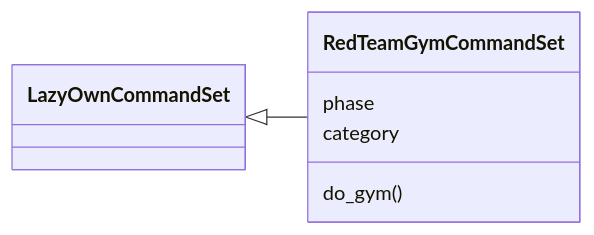
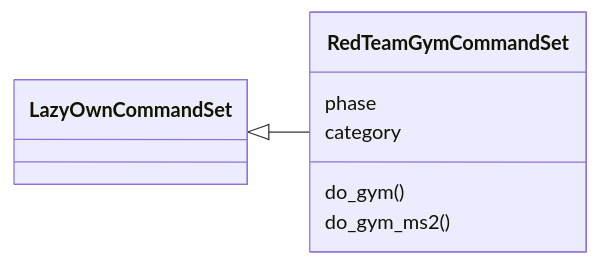
One commit to grisuno/LazyOwn changed the first of 2 diagrams in readmenator-apidocs/modules/cli.commands.redteam_gym.py.md. Above: the diagram before and after it, drawn with Mermaid. The commit also changed other lines of this file and 764 other files, not shown here.

````diff
--- a/readmenator-apidocs/modules/cli.commands.redteam_gym.py.md
+++ b/readmenator-apidocs/modules/cli.commands.redteam_gym.py.md
@@ -17,10 +18,11 @@
 ```mermaid
 classDiagram
     direction LR
     class RedTeamGymCommandSet
     RedTeamGymCommandSet : phase
     RedTeamGymCommandSet : category
     RedTeamGymCommandSet : do_gym()
+    RedTeamGymCommandSet : do_gym_ms2()
     class LazyOwnCommandSet
     LazyOwnCommandSet <|-- RedTeamGymCommandSet
 ```
````
